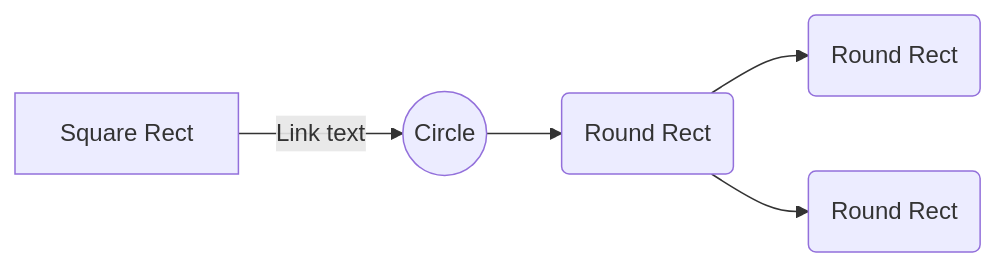
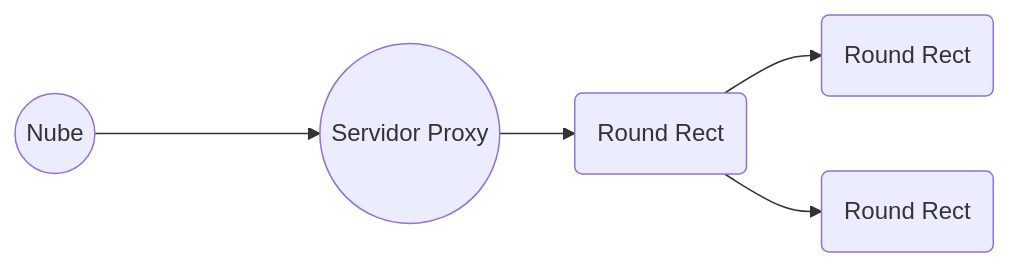
Before and after one commit to eavurela/infra_cloud: the second of 2 diagrams in TP_INFRA.md, drawn with Mermaid. The commit also changed other lines of this file, not shown here.

Commit message:
TP_INFRA.md updated from https://stackedit.io/

````diff
--- a/TP_INFRA.md
+++ b/TP_INFRA.md
@@ -416,7 +416,13 @@
 ```mermaid
 graph LR
-A[Square Rect] -- Link text --> B((Circle))
+A((Nube))
+----> B((Servidor Proxy))
 B --> C(Round Rect)
 C --> D(Round Rect)
 C --> E(Round Rect)
+
+
+
+
+
 ```
````
